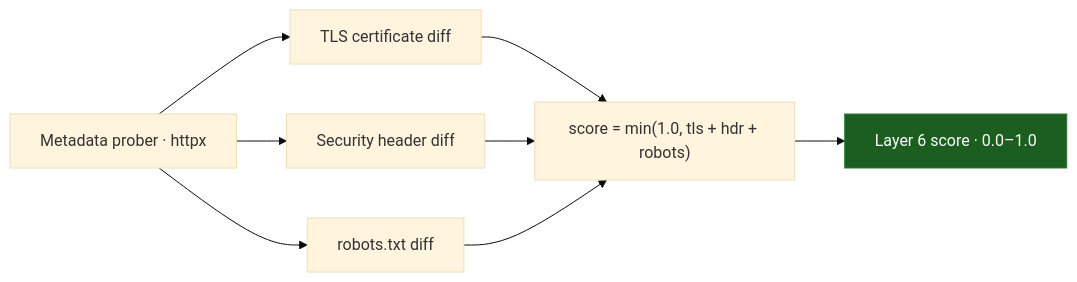
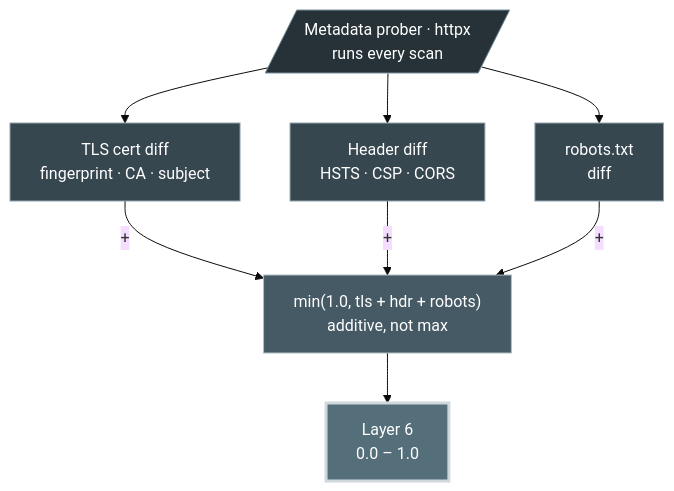
The diagram in docs/layers/6-security-metadata.mdx (Ns81000/WARDRESS), drawn with Mermaid (base theme) before and after one commit. The commit also changed 10 other files, not shown here.

Commit message:
docs: add comprehensive documentation for the Wardress detection layers and system architecture.

````diff
--- a/docs/layers/6-security-metadata.mdx
+++ b/docs/layers/6-security-metadata.mdx
@@ -15,13 +15,16 @@
 ```mermaid
-flowchart LR
-    PR[Metadata prober · httpx] --> TLS[TLS certificate diff]
-    PR --> HDR[Security header diff]
-    PR --> RB[robots.txt diff]
-    TLS --> SUM["score = min(1.0, tls + hdr + robots)"]
-    HDR --> SUM
-    RB --> SUM
-    SUM --> OUT[Layer 6 score · 0.0–1.0]
+flowchart TD
+    PR[/"Metadata prober · httpx<br/>runs every scan"/]:::in
+    PR --> TLS["TLS cert diff<br/>fingerprint · CA · subject"]:::probe
+    PR --> HDR["Header diff<br/>HSTS · CSP · CORS"]:::probe
+    PR --> RB["robots.txt<br/>diff"]:::probe
+    TLS -->|"+"| SUM["min(1.0, tls + hdr + robots)<br/>additive, not max"]:::pick
+    HDR -->|"+"| SUM
+    RB -->|"+"| SUM
+    SUM --> OUT["Layer 6<br/>0.0 – 1.0"]:::out
 
-    classDef out fill:#1b5e20,stroke:#2e7d32,color:#fff;
-    class OUT out;
+    classDef in fill:#263238,stroke:#78909c,color:#fff;
+    classDef probe fill:#37474f,stroke:#90a4ae,color:#fff;
+    classDef pick fill:#455a64,stroke:#b0bec5,color:#fff;
+    classDef out fill:#546e7a,stroke:#cfd8dc,color:#fff,stroke-width:3px;
 ```
````
